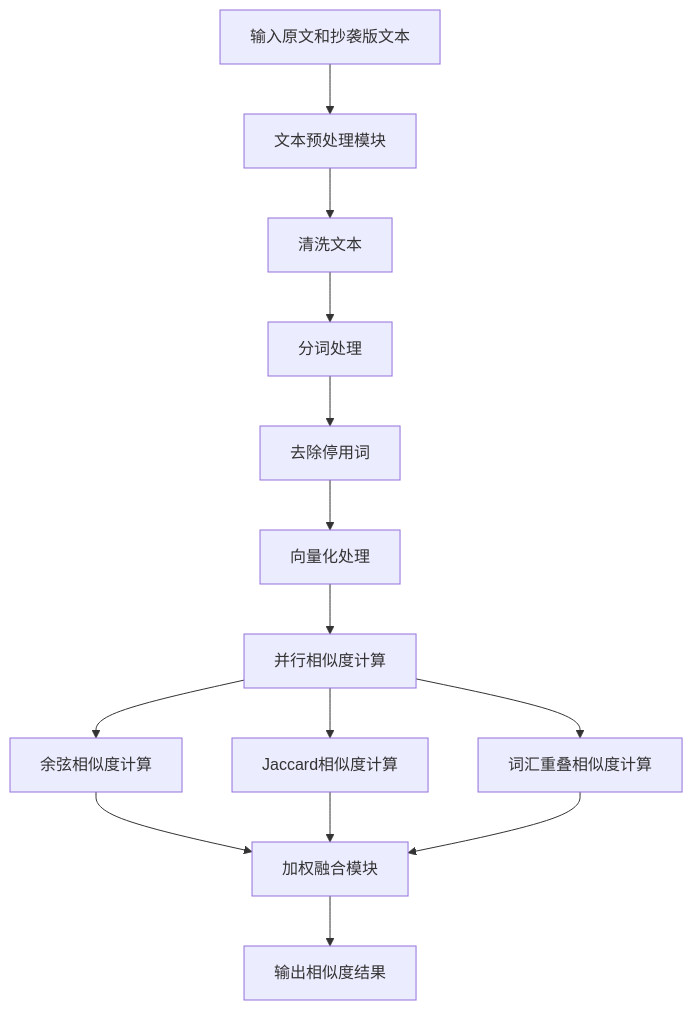
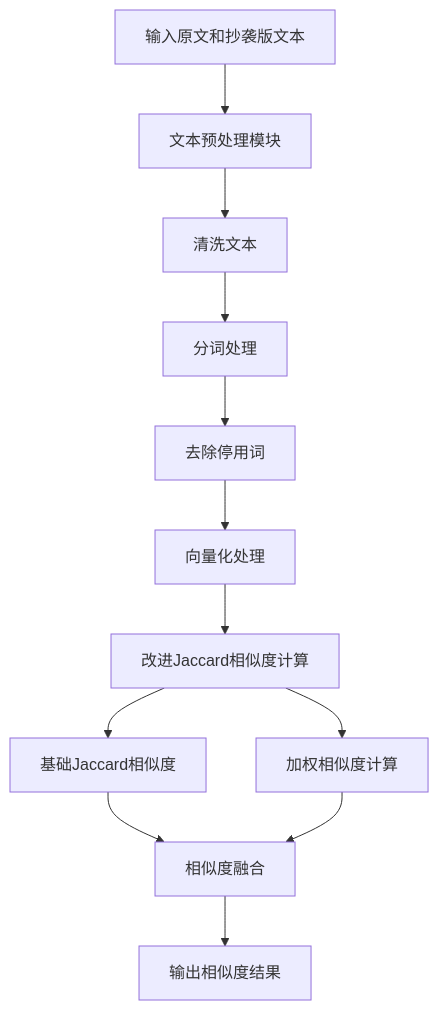
The second of 3 diagrams in 项目报告.md (ymxc152/3123004462), drawn with Mermaid before and after one commit. The commit also changed other lines of this file and 6 other files, not shown here.

````diff
--- a/项目报告.md
+++ b/项目报告.md
@@ -106,16 +106,14 @@
 ```mermaid
 flowchart TD
     A[输入原文和抄袭版文本] --> B[文本预处理模块]
     B --> C[清洗文本]
     C --> D[分词处理]
     D --> E[去除停用词]
     E --> F[向量化处理]
-    F --> G[并行相似度计算]
-    G --> H[余弦相似度计算]
-    G --> I[Jaccard相似度计算]
-    G --> J[词汇重叠相似度计算]
-    H --> K[加权融合模块]
-    I --> K
-    J --> K
-    K --> L[输出相似度结果]
+    F --> G[改进Jaccard相似度计算]
+    G --> H[基础Jaccard相似度]
+    G --> I[加权相似度计算]
+    H --> J[相似度融合]
+    I --> J
+    J --> K[输出相似度结果]
 ```
````
